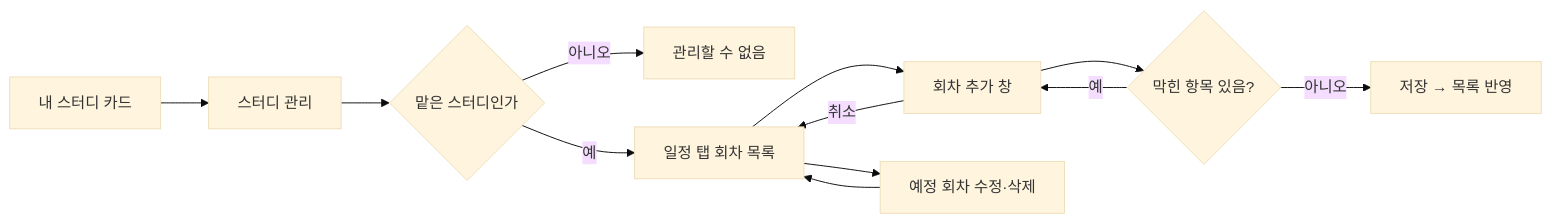
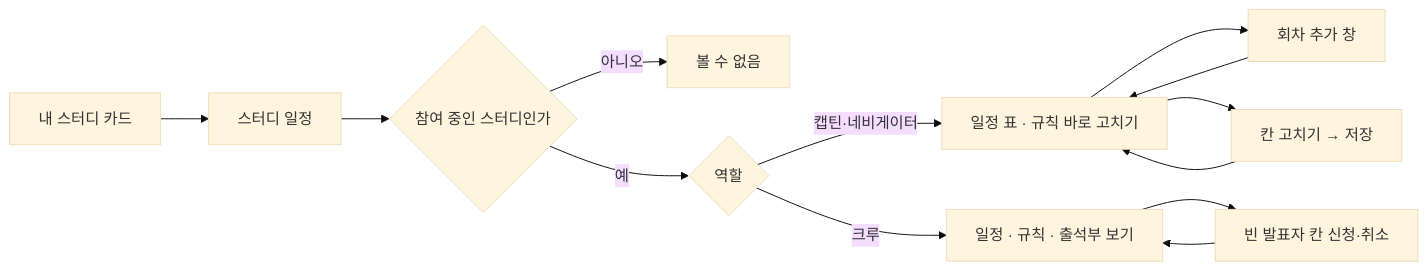
One commit to StudyClub-PlusPlus/studyclub-engineering changed the first of 2 diagrams in planning/stories/navigator-register-sessions/PRD.md. Above: the diagram before and after it, drawn with Mermaid (base theme). The commit also changed other lines of this file and 22 other files, not shown here.

````diff
--- a/planning/stories/navigator-register-sessions/PRD.md
+++ b/planning/stories/navigator-register-sessions/PRD.md
@@ -9,14 +12,15 @@
 ```mermaid
 flowchart LR
-  A["내 스터디 카드"] --> B["스터디 관리"]
-  B --> C{"맡은 스터디인가"}
-  C -->|아니오| D["관리할 수 없음"]
-  C -->|예| E["일정 탭 회차 목록"]
+  A["내 스터디 카드"] --> B["스터디 일정"]
+  B --> C{"참여 중인 스터디인가"}
+  C -->|아니오| D["볼 수 없음"]
+  C -->|예| R{"역할"}
+  R -->|캡틴·네비게이터| E["일정 표 · 규칙 바로 고치기"]
   E --> F["회차 추가 창"]
-  F --> G{"막힌 항목 있음?"}
-  G -->|예| F
-  G -->|아니오| H["저장 → 목록 반영"]
-  F -->|취소| E
-  E --> I["예정 회차 수정·삭제"]
-  I --> E
+  F --> E
+  E --> S["칸 고치기 → 저장"]
+  S --> E
+  R -->|크루| V["일정 · 규칙 · 출석부 보기"]
+  V --> P["빈 발표자 칸 신청·취소"]
+  P --> V
 ```
````
